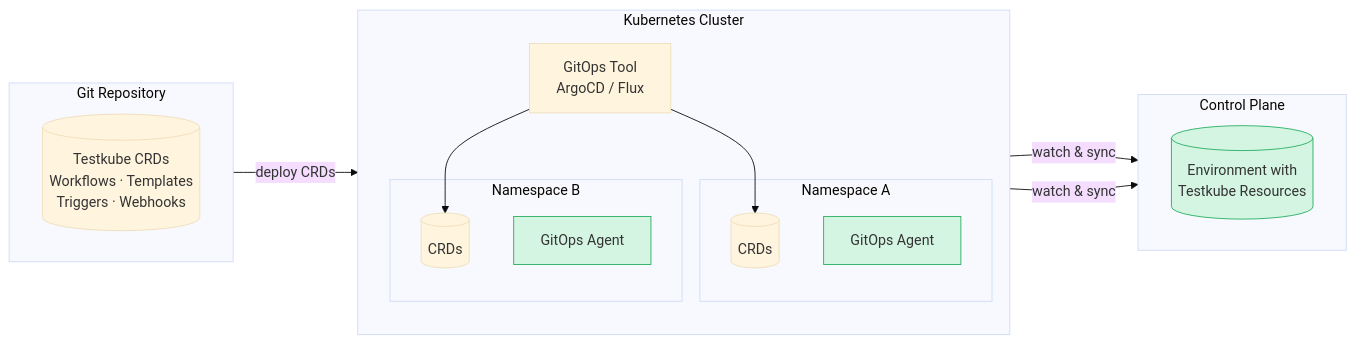
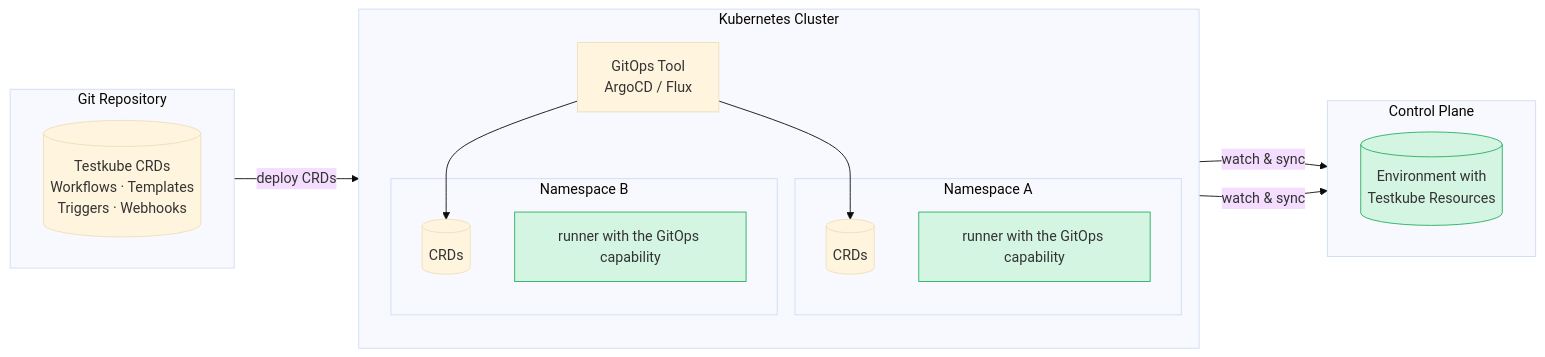
One commit to kubeshop/testkube-docs changed the diagram in docs/articles/gitops-overview.mdx. Above: the diagram before and after it, drawn with Mermaid (base theme). The commit also changed other lines of this file and 91 other files, not shown here.

````diff
--- a/docs/articles/gitops-overview.mdx
+++ b/docs/articles/gitops-overview.mdx
@@ -35,35 +35,35 @@
 ```mermaid
 flowchart LR
     subgraph Git Repository
         direction LR
         GR[(Testkube CRDs<br/>Workflows · Templates<br/>Triggers · Webhooks)]
     end
 
     subgraph Kubernetes Cluster
         direction TB
         ARGO[GitOps Tool<br/>ArgoCD / Flux]
         subgraph Namespace A
             CRD_A[(CRDs)]
-            SA_A[GitOps Agent]
+            SA_A[runner with the GitOps capability]
         end
         subgraph Namespace B
             CRD_B[(CRDs)]
-            SA_B[GitOps Agent]
+            SA_B[runner with the GitOps capability]
         end
     end
 
     subgraph Control Plane
         direction LR
         ENV[(Environment with<br/>Testkube Resources)]
     end
 
     GR -- "deploy CRDs" --> ARGO
     ARGO --> CRD_A
     ARGO --> CRD_B
     SA_A -- "watch & sync" --> ENV
     SA_B -- "watch & sync" --> ENV
 
     style SA_A fill:#d5f5e3,stroke:#27ae60
     style SA_B fill:#d5f5e3,stroke:#27ae60
     style ENV fill:#d5f5e3,stroke:#27ae60
 ```
````
